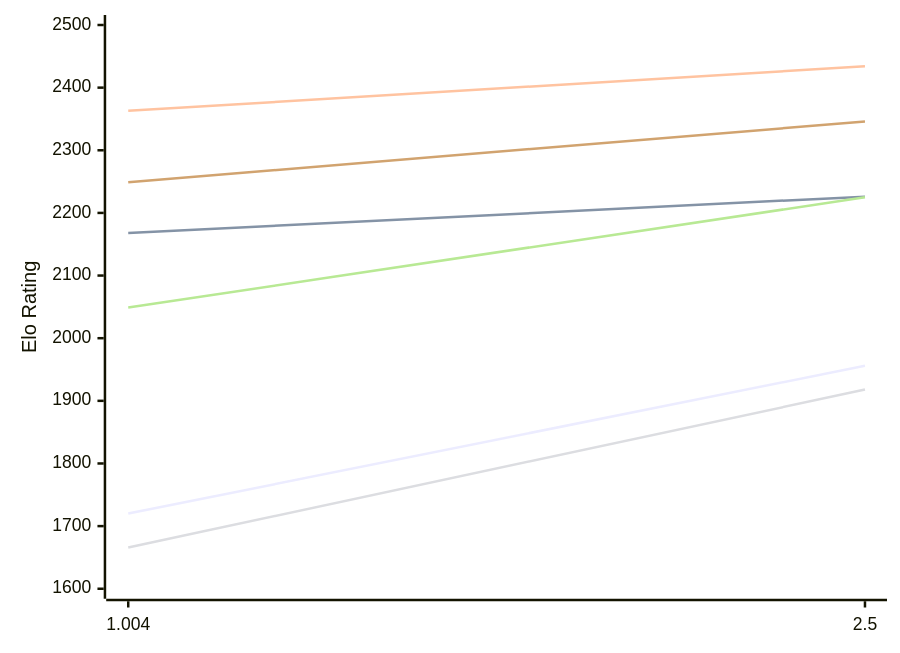
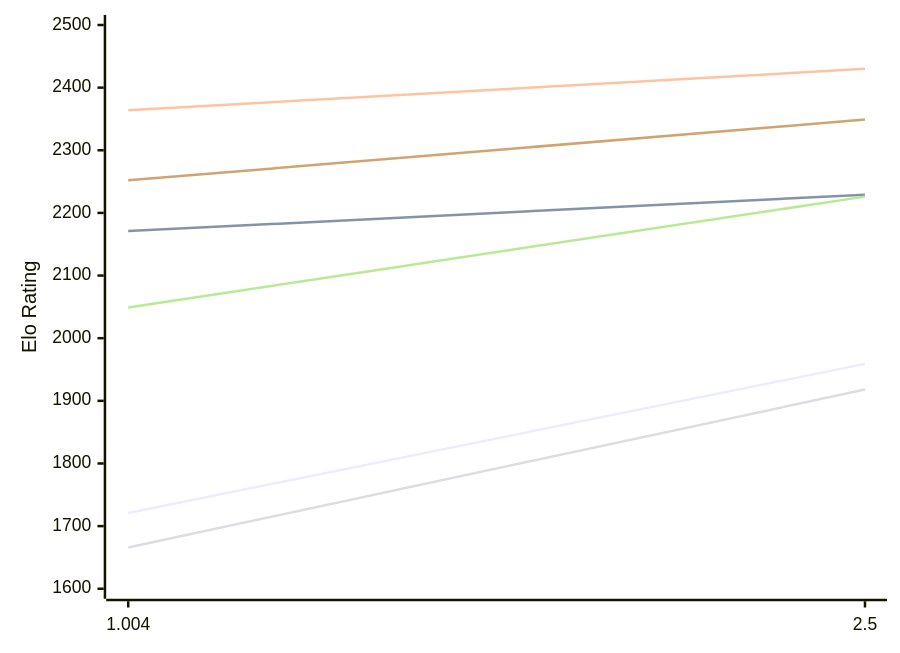
Before and after one commit to computer-chess-index/cci: the first of 2 diagrams in engines/Ares.md, drawn with Mermaid. The commit also changed other lines of this file, not shown here.

Commit message:
Update CCI Ratings (ELO VLTC) - 2026-11-19

````diff
--- a/engines/Ares.md
+++ b/engines/Ares.md
@@ -50,12 +50,12 @@
 ```mermaid
 %%{init: {"theme":"base","themeVariables":{"seriesColors:['#a3a3a3','#222221','#faa371']}}}%%
 xychart-beta
   x-axis ["1.004", "2.5"]
   y-axis "Elo Rating" 1600 --> 2500
-  line "E1: STC (8.0+0.08s)" [1720, 1956]
-  line "E1: LTC (60.0+0.60s)" [2168, 2226]
-  line "E1: VLTC (2m24s+1.12s)" [2363, 2434]
+  line "E1: STC (8.0+0.08s)" [1721, 1959]
+  line "E1: LTC (60.0+0.60s)" [2171, 2229]
+  line "E1: VLTC (2m24s+1.12s)" [2364, 2430]
   line "P1: STC (8.0+0.08s)" [1666, 1918]
-  line "P1: LTC (60.0+0.60s)" [2049, 2225]
-  line "P1: VLTC (2m24s+1.12s)" [2249, 2346]
+  line "P1: LTC (60.0+0.60s)" [2049, 2226]
+  line "P1: VLTC (2m24s+1.12s)" [2252, 2349]
 ```
````
